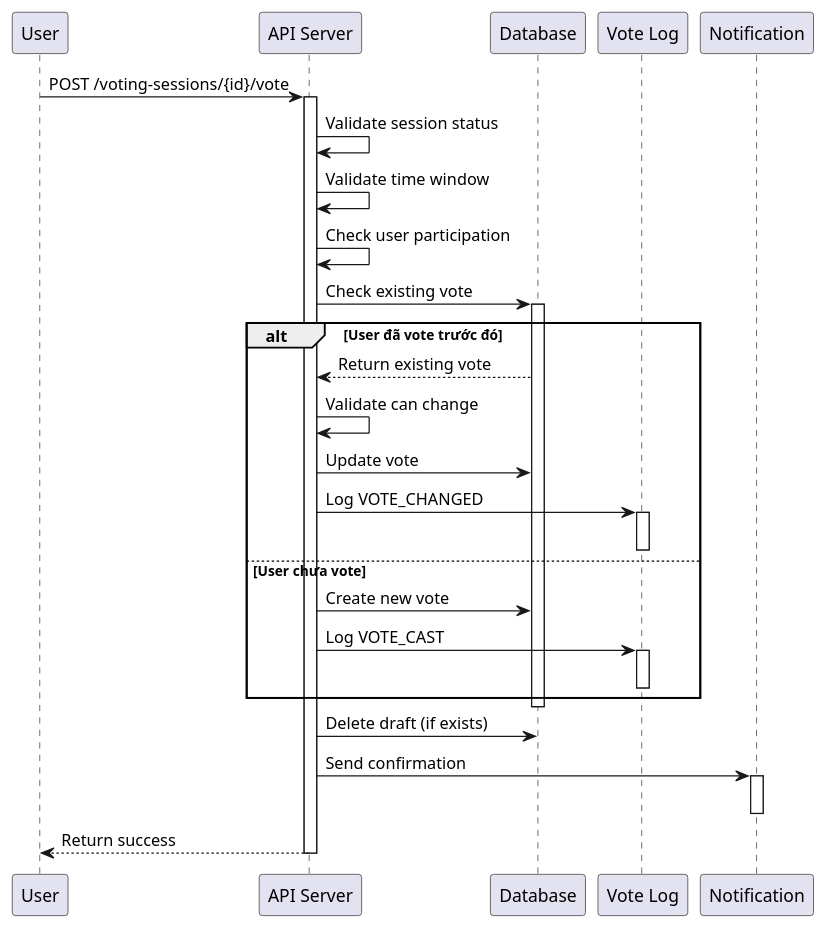
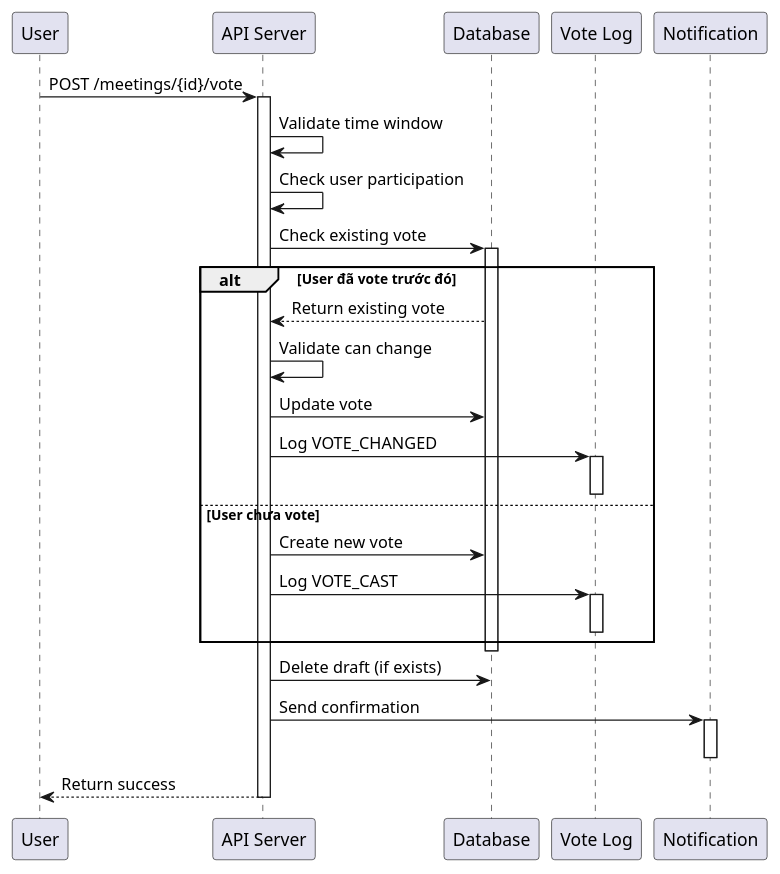
The second of 8 diagrams in voting_business_logic.md (thanhk99/bedhcd), drawn with PlantUML before and after one commit. The commit also changed other lines of this file and 40 other files, not shown here.

```diff
--- a/voting_business_logic.md
+++ b/voting_business_logic.md
@@ -104,41 +100,40 @@
 @startuml
 participant User as U
 participant "API Server" as API
 participant Database as DB
 participant "Vote Log" as Log
 participant Notification as Notif
 
-U -> API: POST /voting-sessions/{id}/vote
+U -> API: POST /meetings/{id}/vote
 activate API
 
-API -> API: Validate session status
 API -> API: Validate time window
 API -> API: Check user participation
 API -> DB: Check existing vote
 activate DB
 
 alt User đã vote trước đó
     DB --> API: Return existing vote
     API -> API: Validate can change
     API -> DB: Update vote
     API -> Log: Log VOTE_CHANGED
     activate Log
     deactivate Log
 else User chưa vote
     API -> DB: Create new vote
     API -> Log: Log VOTE_CAST
     activate Log
     deactivate Log
 end
 
 deactivate DB
 
 API -> DB: Delete draft (if exists)
 API -> Notif: Send confirmation
 activate Notif
 deactivate Notif
 
 API --> U: Return success
 deactivate API
 
 @enduml
```
